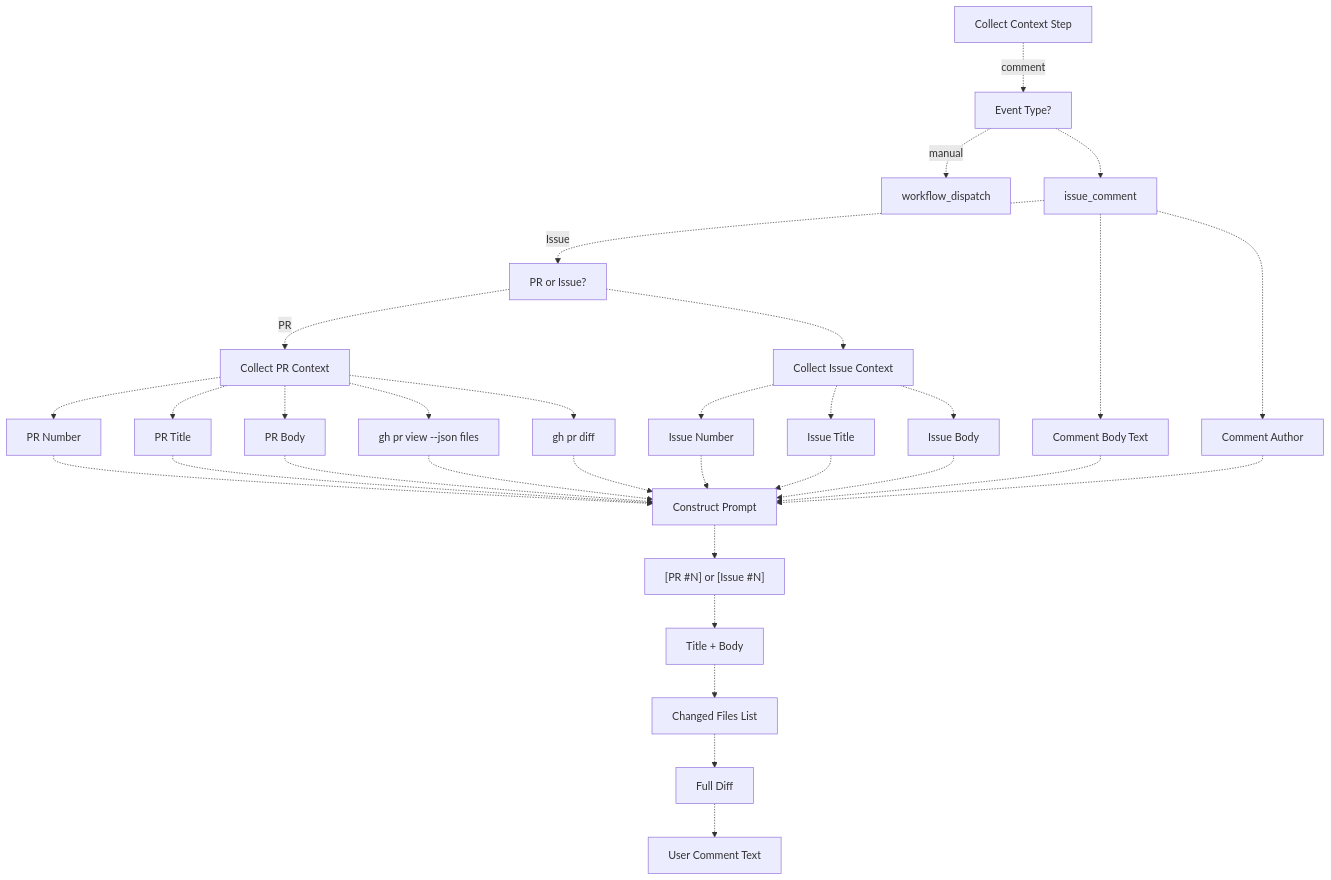
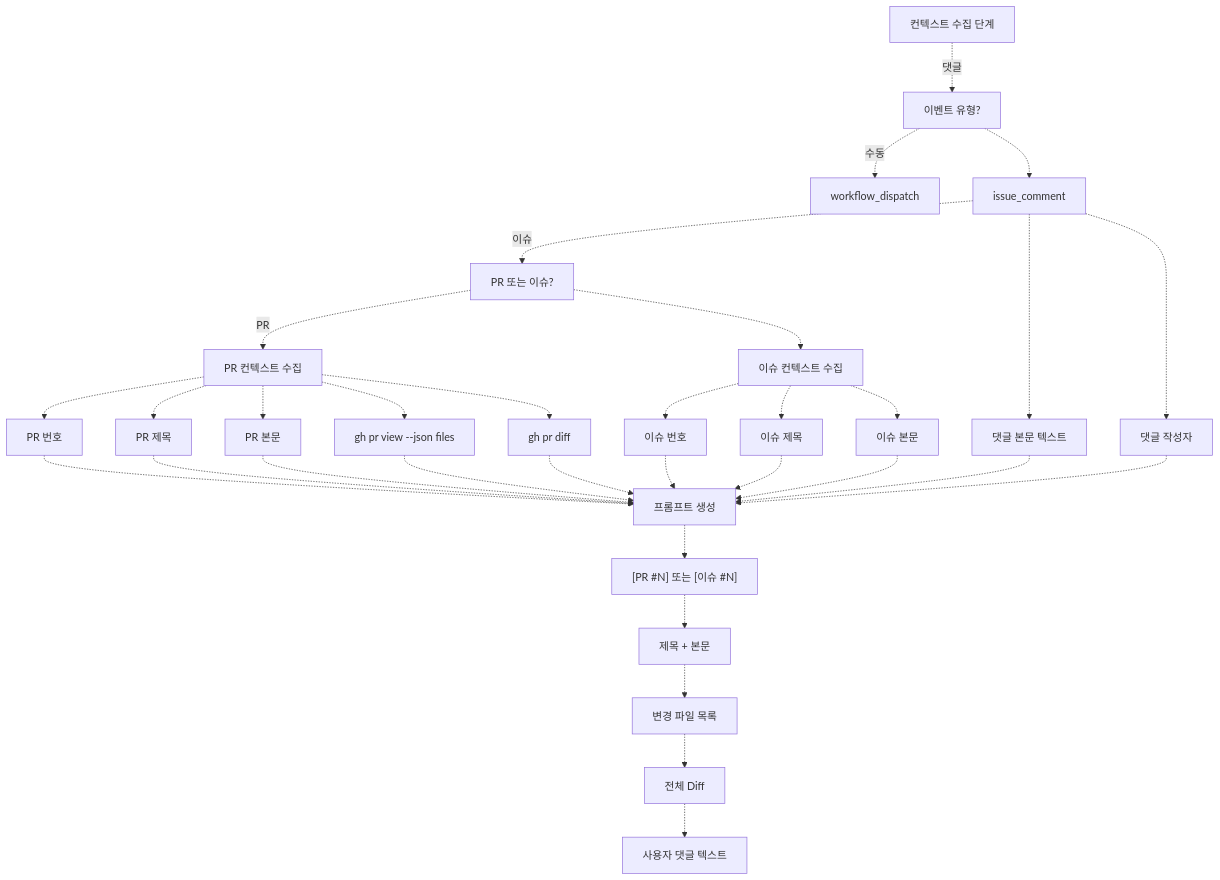
Before and after one commit to felipetruman/oh-my-opencode-docs: the fourth of 7 diagrams in docs/automation/github-actions-integration.md, drawn with Mermaid. The commit also changed other lines of this file and 76 other files, not shown here.

````diff
--- a/docs/automation/github-actions-integration.md
+++ b/docs/automation/github-actions-integration.md
@@ -199,59 +199,59 @@
 ```mermaid
 flowchart TD
 
-ContextStart["Collect Context Step"]
-EventType["Event Type?"]
+ContextStart["컨텍스트 수집 단계"]
+EventType["이벤트 유형?"]
 ManualPath["workflow_dispatch"]
 CommentPath["issue_comment"]
-IssueCheck["PR or Issue?"]
-PRContext["Collect PR Context"]
-PRNumber["PR Number"]
-PRTitle["PR Title"]
-PRBody["PR Body"]
+IssueCheck["PR 또는 이슈?"]
+PRContext["PR 컨텍스트 수집"]
+PRNumber["PR 번호"]
+PRTitle["PR 제목"]
+PRBody["PR 본문"]
 PRFiles["gh pr view --json files"]
 PRDiff["gh pr diff"]
-IssueContext["Collect Issue Context"]
-IssueNumber["Issue Number"]
-IssueTitle["Issue Title"]
-IssueBody["Issue Body"]
-CommentText["Comment Body Text"]
-CommentAuthor["Comment Author"]
-BuildPrompt["Construct Prompt"]
-TypePrefix["[PR #N] or [Issue #N]"]
-ContentBlock["Title + Body"]
-FilesList["Changed Files List"]
-DiffBlock["Full Diff"]
-UserRequest["User Comment Text"]
+IssueContext["이슈 컨텍스트 수집"]
+IssueNumber["이슈 번호"]
+IssueTitle["이슈 제목"]
+IssueBody["이슈 본문"]
+CommentText["댓글 본문 텍스트"]
+CommentAuthor["댓글 작성자"]
+BuildPrompt["프롬프트 생성"]
+TypePrefix["[PR #N] 또는 [이슈 #N]"]
+ContentBlock["제목 + 본문"]
+FilesList["변경 파일 목록"]
+DiffBlock["전체 Diff"]
+UserRequest["사용자 댓글 텍스트"]
 
-ContextStart -.->|"comment"| EventType
-EventType -.->|"manual"| ManualPath
+ContextStart -.->|"댓글"| EventType
+EventType -.->|"수동"| ManualPath
 EventType -.-> CommentPath
-CommentPath -.->|"Issue"| IssueCheck
+CommentPath -.->|"이슈"| IssueCheck
 IssueCheck -.->|"PR"| PRContext
 IssueCheck -.-> IssueContext
 PRContext -.-> PRNumber
 PRContext -.-> PRTitle
 PRContext -.-> PRBody
 PRContext -.-> PRFiles
 PRContext -.-> PRDiff
 IssueContext -.-> IssueNumber
 IssueContext -.-> IssueTitle
 IssueContext -.-> IssueBody
 CommentPath -.-> CommentText
 CommentPath -.-> CommentAuthor
 PRNumber -.-> BuildPrompt
 PRTitle -.-> BuildPrompt
 PRBody -.-> BuildPrompt
 PRFiles -.-> BuildPrompt
 PRDiff -.-> BuildPrompt
 IssueNumber -.-> BuildPrompt
 IssueTitle -.-> BuildPrompt
 IssueBody -.-> BuildPrompt
 CommentText -.-> BuildPrompt
 CommentAuthor -.-> BuildPrompt
 BuildPrompt -.-> TypePrefix
 TypePrefix -.-> ContentBlock
 ContentBlock -.-> FilesList
 FilesList -.-> DiffBlock
 DiffBlock -.-> UserRequest
 ```
````
